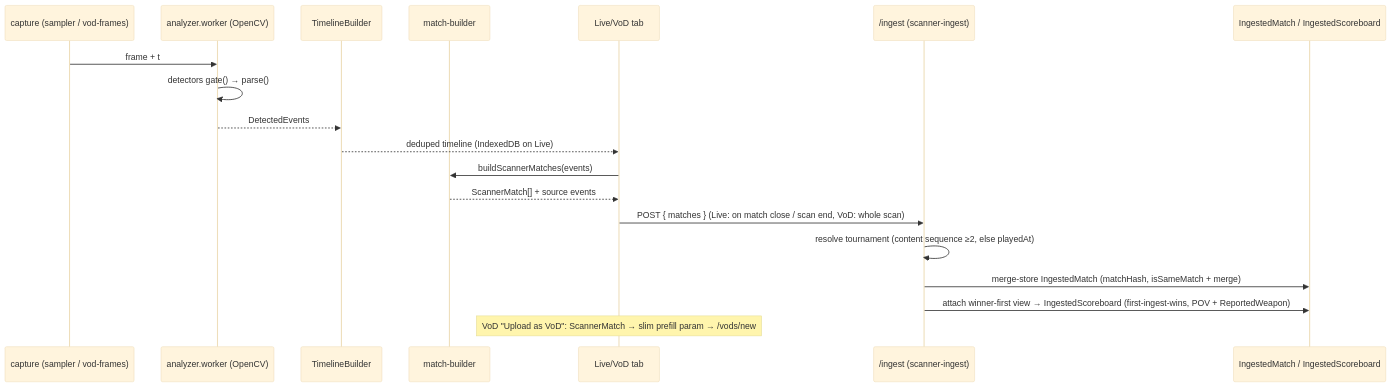
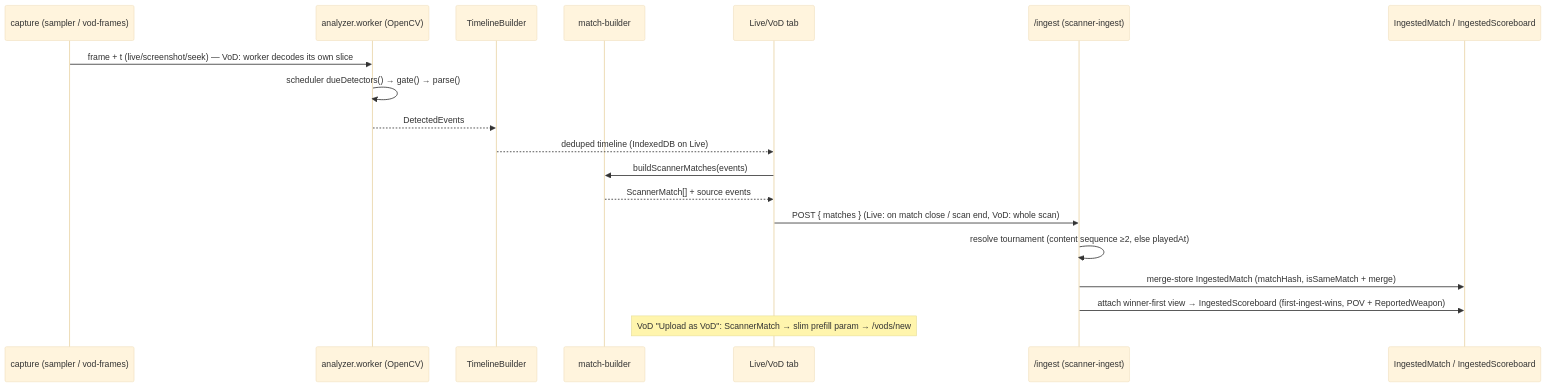
The diagram in app/features/scanner/README.md (sendou-ink/sendou.ink), drawn with Mermaid (base theme) before and after one commit. The commit also changed other lines of this file and 23 other files, not shown here.

````diff
--- a/app/features/scanner/README.md
+++ b/app/features/scanner/README.md
@@ -32,21 +33,21 @@
 ```mermaid
 sequenceDiagram
   participant Cap as capture (sampler / vod-frames)
   participant W as analyzer.worker (OpenCV)
   participant TL as TimelineBuilder
   participant MB as match-builder
   participant UI as Live/VoD tab
   participant ING as /ingest (scanner-ingest)
   participant DB as IngestedMatch / IngestedScoreboard
-  Cap->>W: frame + t
-  W->>W: detectors gate() → parse()
+  Cap->>W: frame + t (live/screenshot/seek) — VoD: worker decodes its own slice
+  W->>W: scheduler dueDetectors() → gate() → parse()
   W-->>TL: DetectedEvents
   TL-->>UI: deduped timeline (IndexedDB on Live)
   UI->>MB: buildScannerMatches(events)
   MB-->>UI: ScannerMatch[] + source events
   UI->>ING: POST { matches } (Live: on match close / scan end, VoD: whole scan)
   ING->>ING: resolve tournament (content sequence ≥2, else playedAt)
   ING->>DB: merge-store IngestedMatch (matchHash, isSameMatch + merge)
   ING->>DB: attach winner-first view → IngestedScoreboard (first-ingest-wins, POV + ReportedWeapon)
   Note over UI: VoD "Upload as VoD": ScannerMatch → slim prefill param → /vods/new
 ```
````
